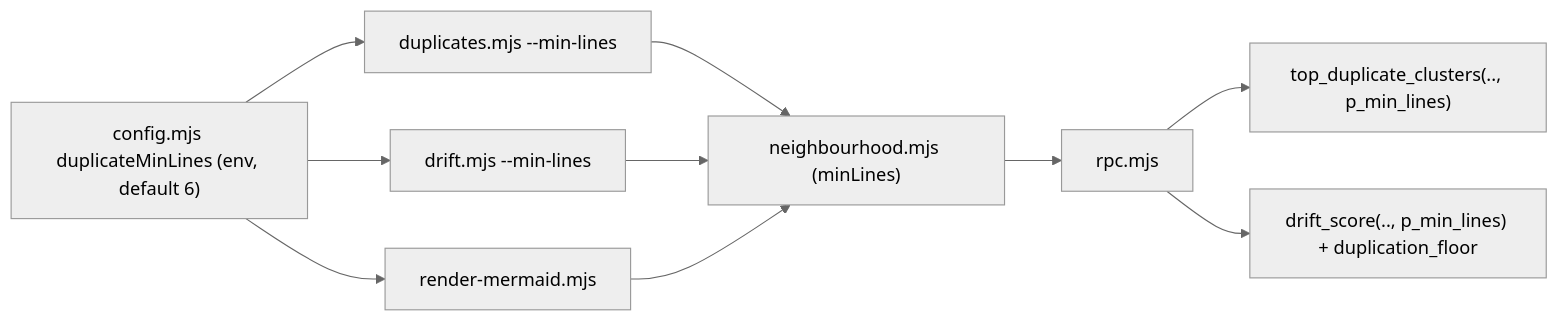
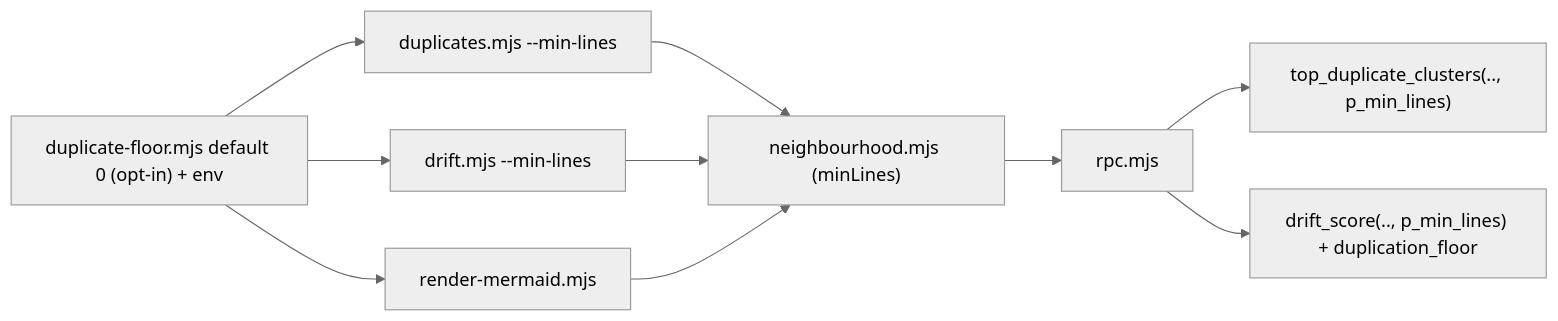
One commit to Lbstrydom/claude-engineering-skills changed the diagram in docs/plans/duplicate-min-lines-floor.md. Above: the diagram before and after it, drawn with Mermaid (neutral theme). The commit also changed other lines of this file and 5 other files, not shown here.

First line of the commit message:
feat(arch): make the duplicate size floor opt-in (default 0)

````diff
--- a/docs/plans/duplicate-min-lines-floor.md
+++ b/docs/plans/duplicate-min-lines-floor.md
@@ -34,12 +35,12 @@
 ```mermaid
 graph LR
-  CFG["config.mjs duplicateMinLines (env, default 6)"] --> CLI1["duplicates.mjs --min-lines"]
+  CFG["duplicate-floor.mjs default 0 (opt-in) + env"] --> CLI1["duplicates.mjs --min-lines"]
   CFG --> CLI2["drift.mjs --min-lines"]
   CFG --> CLI3["render-mermaid.mjs"]
   CLI1 --> ST["neighbourhood.mjs (minLines)"]
   CLI2 --> ST
   CLI3 --> ST
   ST --> RPC["rpc.mjs"]
   RPC --> SQL1["top_duplicate_clusters(.., p_min_lines)"]
   RPC --> SQL2["drift_score(.., p_min_lines) + duplication_floor"]
 ```
````
